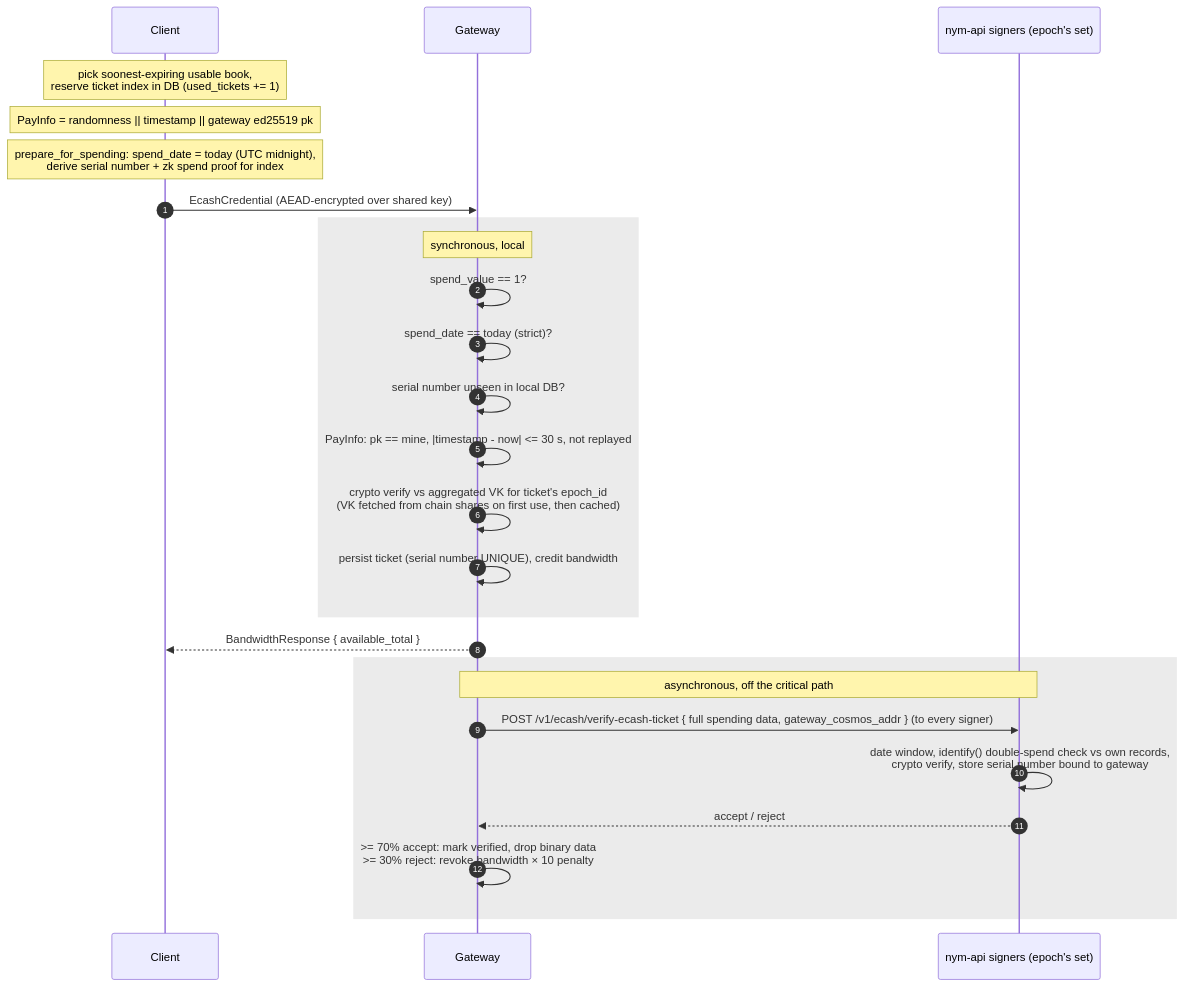
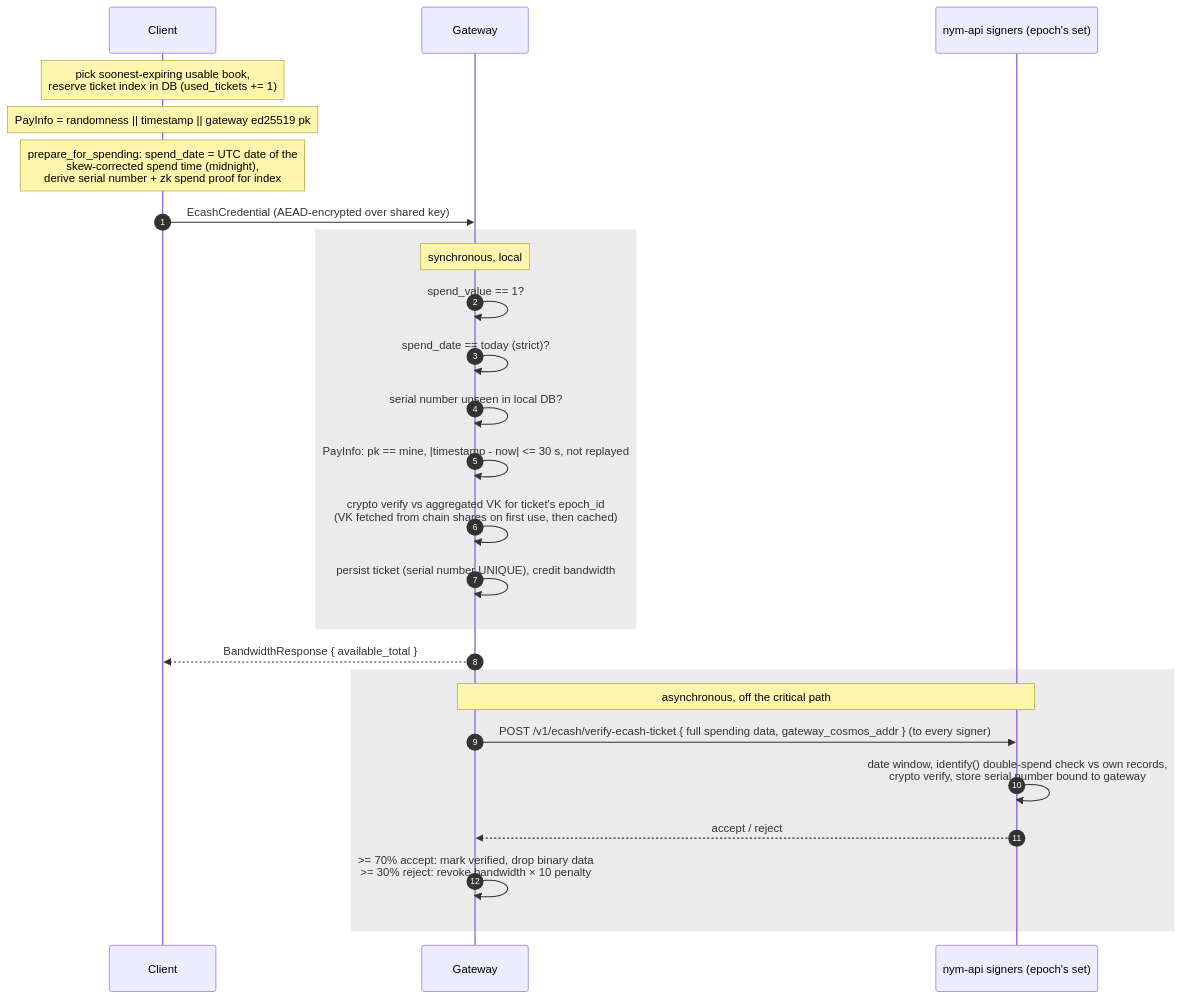
The diagram in docs/ecash/spending.md (nymtech/nym), drawn with Mermaid before and after one commit. The commit also changed 4 other files, not shown here.

First line of the commit message:
Take the ecash spend date from the spend time, not the local clock

````diff
--- a/docs/ecash/spending.md
+++ b/docs/ecash/spending.md
@@ -5,31 +5,31 @@
 ```mermaid
 sequenceDiagram
     autonumber
     participant C as Client
     participant GW as Gateway
     participant S as nym-api signers (epoch's set)
 
     Note over C: pick soonest-expiring usable book,<br/>reserve ticket index in DB (used_tickets += 1)
     Note over C: PayInfo = randomness || timestamp || gateway ed25519 pk
-    Note over C: prepare_for_spending: spend_date = today (UTC midnight),<br/>derive serial number + zk spend proof for index
+    Note over C: prepare_for_spending: spend_date = UTC date of the<br/>skew-corrected spend time (midnight),<br/>derive serial number + zk spend proof for index
     C->>GW: EcashCredential (AEAD-encrypted over shared key)
 
     rect rgb(235, 235, 235)
     Note over GW: synchronous, local
     GW->>GW: spend_value == 1?
     GW->>GW: spend_date == today (strict)?
     GW->>GW: serial number unseen in local DB?
     GW->>GW: PayInfo: pk == mine, |timestamp - now| <= 30 s, not replayed
     GW->>GW: crypto verify vs aggregated VK for ticket's epoch_id<br/>(VK fetched from chain shares on first use, then cached)
     GW->>GW: persist ticket (serial number UNIQUE), credit bandwidth
     end
     GW-->>C: BandwidthResponse { available_total }
 
     rect rgb(235, 235, 235)
     Note over GW,S: asynchronous, off the critical path
     GW->>S: POST /v1/ecash/verify-ecash-ticket { full spending data, gateway_cosmos_addr } (to every signer)
     S->>S: date window, identify() double-spend check vs own records,<br/>crypto verify, store serial number bound to gateway
     S-->>GW: accept / reject
     GW->>GW: >= 70% accept: mark verified, drop binary data<br/>>= 30% reject: revoke bandwidth × 10 penalty
     end
 ```
````
